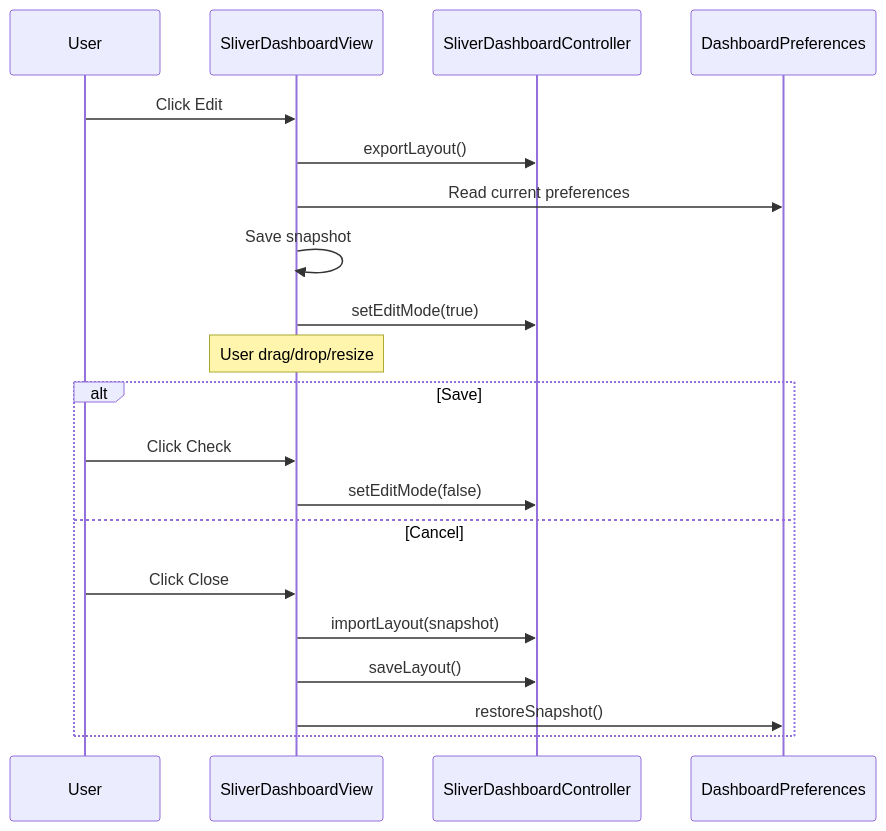
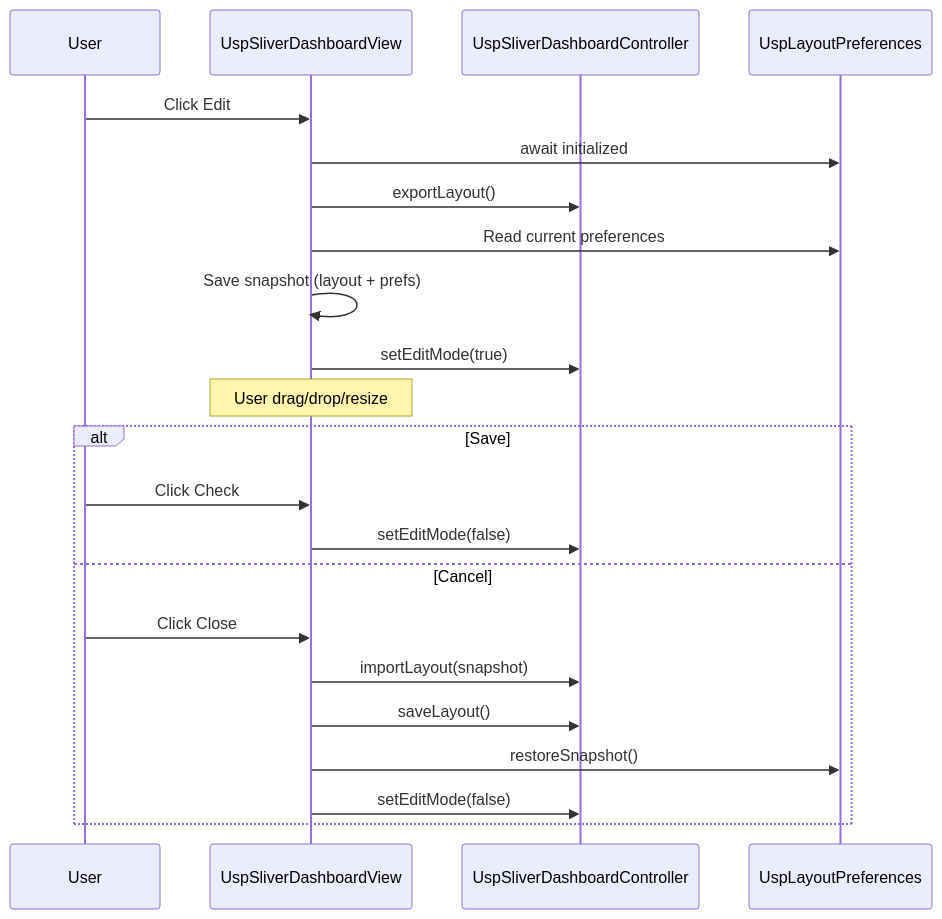
Before and after one commit to linksys/PrivacyGUI: the seventh of 9 diagrams in doc/dashboard/dashboard_custom_layout_comprehensive_report_en.md, drawn with Mermaid. The commit also changed other lines of this file and 11 other files, not shown here.

First line of the commit message:
test: add dashboard custom layout tests (293 tests, 99.8% coverage)

````diff
--- a/doc/dashboard/dashboard_custom_layout_comprehensive_report_en.md
+++ b/doc/dashboard/dashboard_custom_layout_comprehensive_report_en.md
@@ -401,25 +637,27 @@
 ```mermaid
 sequenceDiagram
     participant User
-    participant SDV as SliverDashboardView
-    participant SDCP as SliverDashboardController
-    participant DPP as DashboardPreferences
+    participant SDV as UspSliverDashboardView
+    participant SDCP as UspSliverDashboardController
+    participant DPP as UspLayoutPreferences
 
     User->>SDV: Click Edit
+    SDV->>DPP: await initialized
     SDV->>SDCP: exportLayout()
     SDV->>DPP: Read current preferences
-    SDV->>SDV: Save snapshot
+    SDV->>SDV: Save snapshot (layout + prefs)
     SDV->>SDCP: setEditMode(true)
 
     Note over SDV: User drag/drop/resize
 
     alt Save
         User->>SDV: Click Check
         SDV->>SDCP: setEditMode(false)
     else Cancel
         User->>SDV: Click Close
         SDV->>SDCP: importLayout(snapshot)
         SDV->>SDCP: saveLayout()
         SDV->>DPP: restoreSnapshot()
+        SDV->>SDCP: setEditMode(false)
     end
 ```
````
